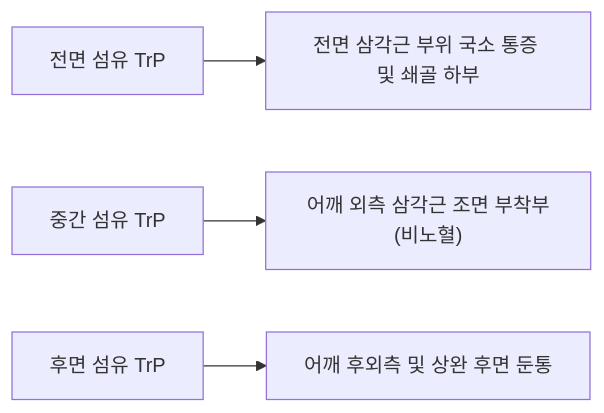
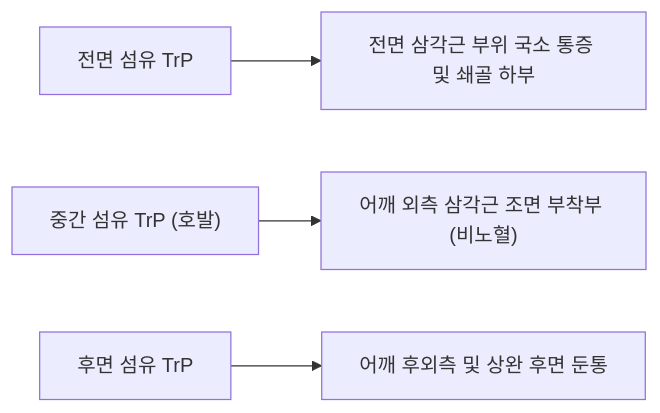
Before and after one commit to simbio11/simbio-digital-garden2: the third of 3 diagrams in content/1. 근골격계 공부/근육/(4) 어깨/삼각근.md, drawn with Mermaid. The commit also changed other lines of this file and 150 other files, not shown here.

````diff
--- a/content/1. 근골격계 공부/근육/(4) 어깨/삼각근.md
+++ b/content/1. 근골격계 공부/근육/(4) 어깨/삼각근.md
@@ -69,6 +76,6 @@
 ```mermaid
 flowchart LR
     TP_Ant["전면 섬유 TrP"] --> Zone_Ant["전면 삼각근 부위 국소 통증 및 쇄골 하부"]
-    TP_Mid["중간 섬유 TrP"] --> Zone_Mid["어깨 외측 삼각근 조면 부착부(비노혈)"]
+    TP_Mid["중간 섬유 TrP (호발)"] --> Zone_Mid["어깨 외측 삼각근 조면 부착부 (비노혈)"]
     TP_Post["후면 섬유 TrP"] --> Zone_Post["어깨 후외측 및 상완 후면 둔통"]
 ```
````
